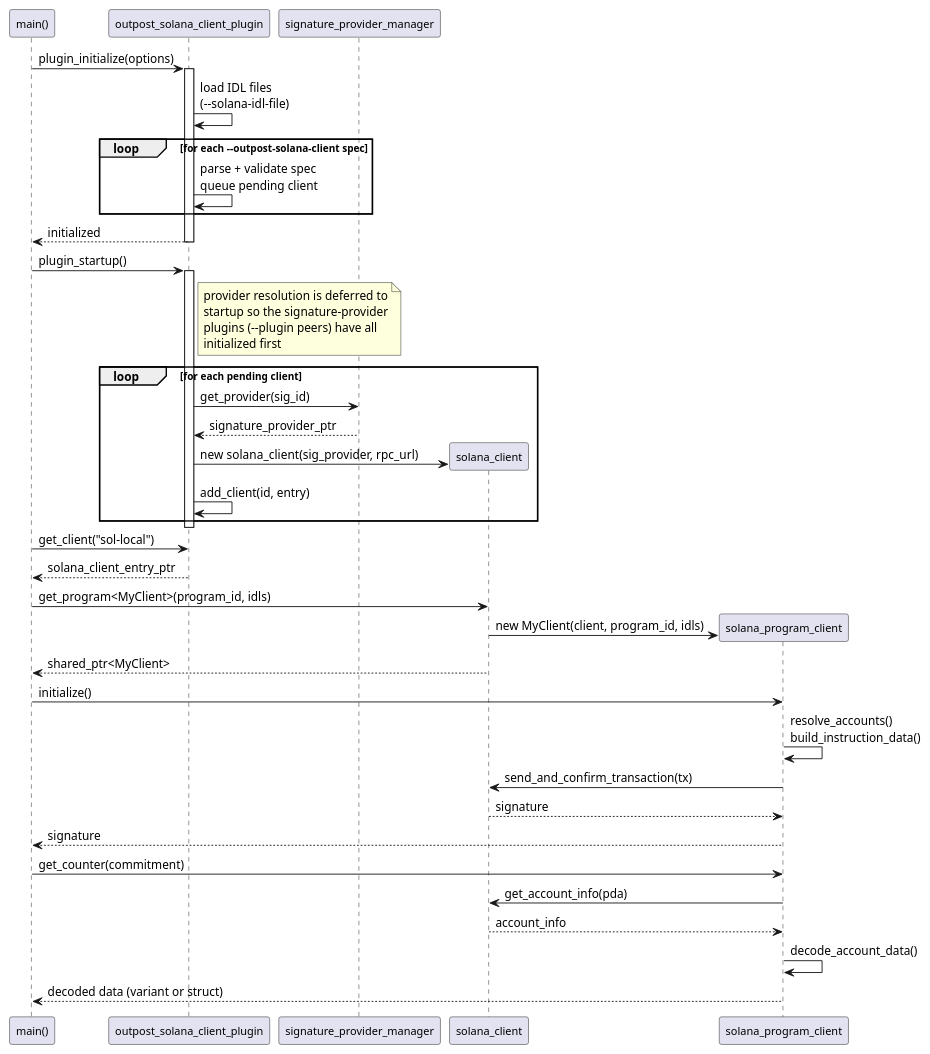
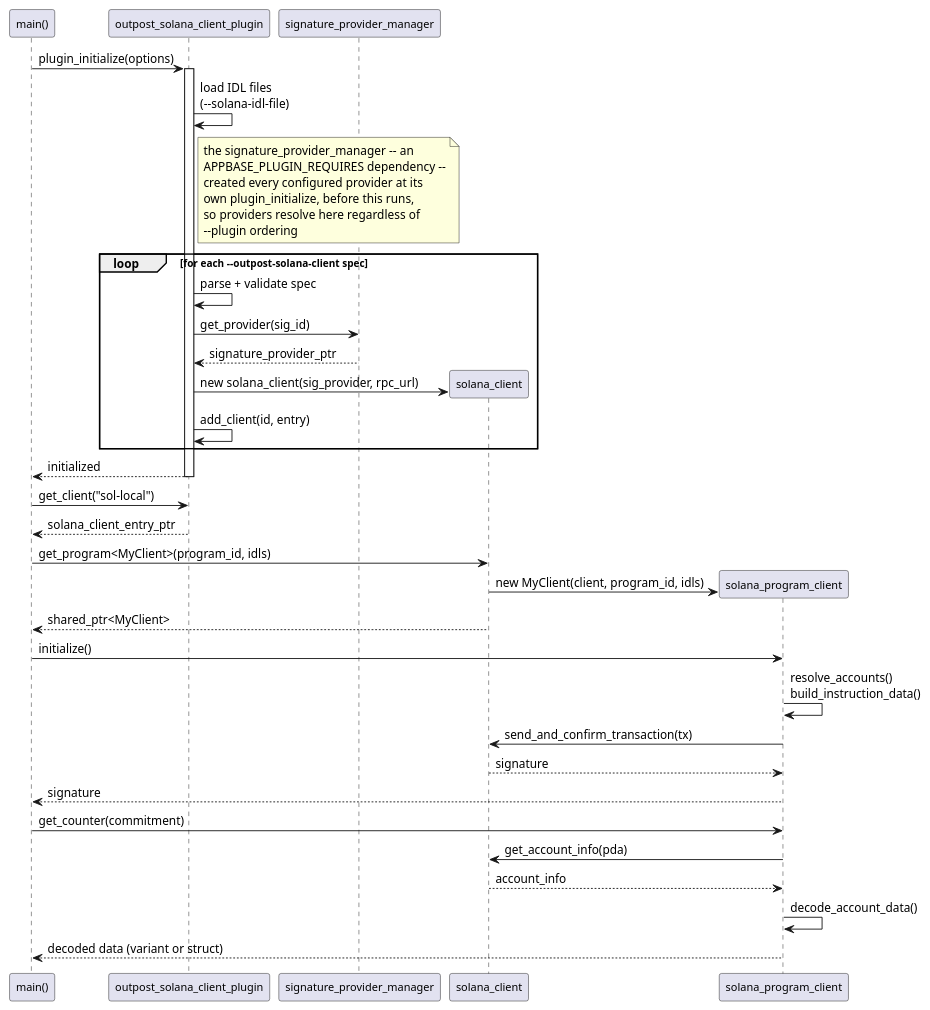
Before and after one commit to Wire-Network/wire-sysio: the fourth of 4 diagrams in plugins/outpost_solana_client_plugin/README.md, drawn with PlantUML. The commit also changed other lines of this file and 2 other files, not shown here.

Commit message:
outpost: drop obsolete startup-time client-construction lifecycle
Review: both outpost client plugins construct their clients at
plugin_initialize (the signature-provider manager creates every provider at
its own init, before any consumer initializes), but the solana README's
sequence diagram still showed the intermediate resolve-at-startup design and
both standalone RPC tools still called startup() to trigger it. Fold provider
resolution + client construction into the diagram's initialize activation,
drop the tools' now-unnecessary startup() calls (plugin_startup is a bare ilog
in both plugins), and align the example comments with cranker-example's.

````diff
--- a/plugins/outpost_solana_client_plugin/README.md
+++ b/plugins/outpost_solana_client_plugin/README.md
@@ -375,62 +375,58 @@
 ```plantuml
 @startuml
 skinparam participantFontSize 12
 skinparam sequenceFontSize 11
 
 participant "main()" as Main
 participant "outpost_solana_client_plugin" as Plugin
 participant "signature_provider_manager" as SigMgr
 participant "solana_client" as Client
 participant "solana_program_client" as ProgramClient
 
 Main -> Plugin : plugin_initialize(options)
 activate Plugin
 
 Plugin -> Plugin : load IDL files\n(--solana-idl-file)
 
-loop for each --outpost-solana-client spec
-   Plugin -> Plugin : parse + validate spec\nqueue pending client
-end
-
-Plugin --> Main : initialized
-deactivate Plugin
-
-Main -> Plugin : plugin_startup()
-activate Plugin
 note right of Plugin
-  provider resolution is deferred to
-  startup so the signature-provider
-  plugins (--plugin peers) have all
-  initialized first
+  the signature_provider_manager -- an
+  APPBASE_PLUGIN_REQUIRES dependency --
+  created every configured provider at its
+  own plugin_initialize, before this runs,
+  so providers resolve here regardless of
+  --plugin ordering
 end note
 
-loop for each pending client
+loop for each --outpost-solana-client spec
+   Plugin -> Plugin : parse + validate spec
    Plugin -> SigMgr : get_provider(sig_id)
    SigMgr --> Plugin : signature_provider_ptr
 
    Plugin -> Client ** : new solana_client(sig_provider, rpc_url)
    Plugin -> Plugin : add_client(id, entry)
 end
+
+Plugin --> Main : initialized
 deactivate Plugin
 
 Main -> Plugin : get_client("sol-local")
 Plugin --> Main : solana_client_entry_ptr
 
 Main -> Client : get_program<MyClient>(program_id, idls)
 Client -> ProgramClient ** : new MyClient(client, program_id, idls)
 Client --> Main : shared_ptr<MyClient>
 
 Main -> ProgramClient : initialize()
 ProgramClient -> ProgramClient : resolve_accounts()\nbuild_instruction_data()
 ProgramClient -> Client : send_and_confirm_transaction(tx)
 Client --> ProgramClient : signature
 ProgramClient --> Main : signature
 
 Main -> ProgramClient : get_counter(commitment)
 ProgramClient -> Client : get_account_info(pda)
 Client --> ProgramClient : account_info
 ProgramClient -> ProgramClient : decode_account_data()
 ProgramClient --> Main : decoded data (variant or struct)
 
 @enduml
 ```
````
